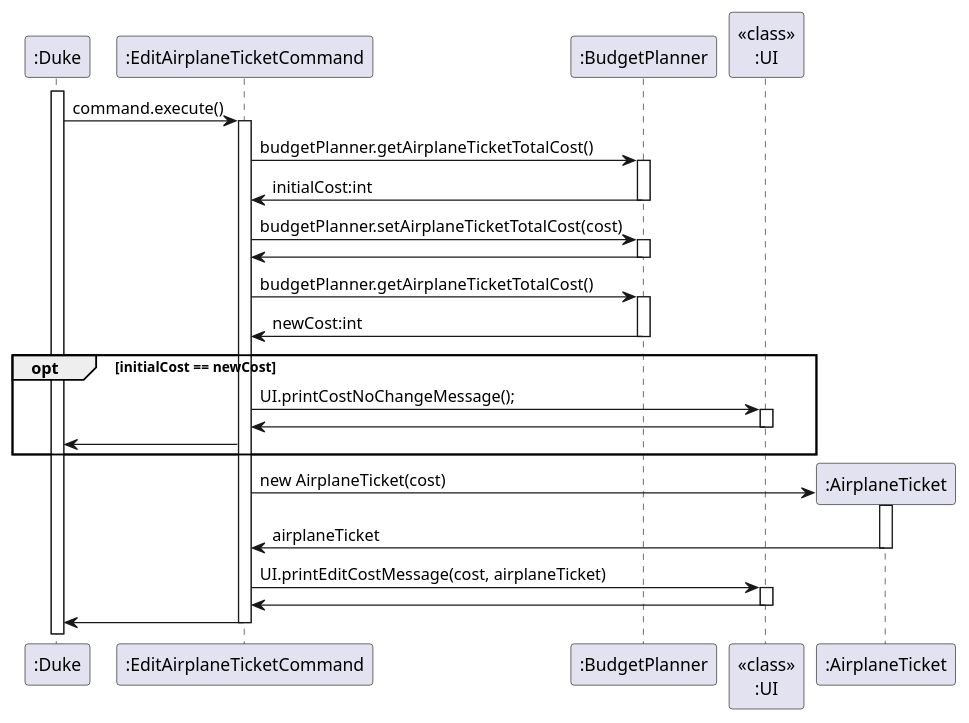
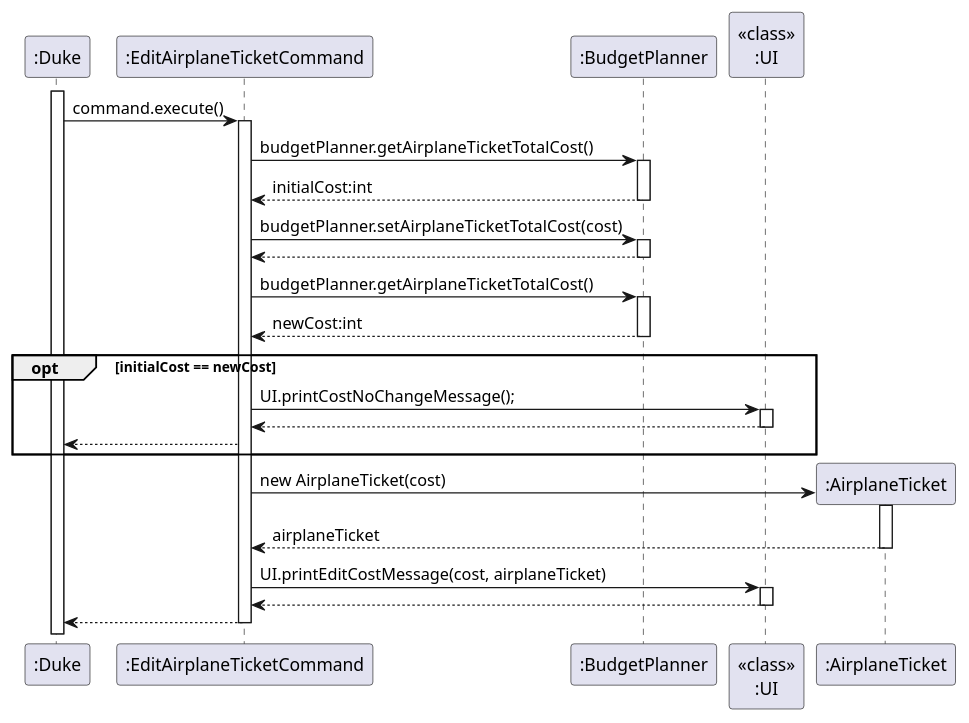
Before and after one commit to nus-cs2113-AY2223S2/tp: the diagram in docs/diagrams/budget/EditAirplaneTicketCommand.puml, drawn with PlantUML. The commit also changed 5 other files, not shown here.

```diff
--- a/docs/diagrams/budget/EditAirplaneTicketCommand.puml
+++ b/docs/diagrams/budget/EditAirplaneTicketCommand.puml
@@ -1,36 +1,36 @@
 @startuml
 'https://plantuml.com/sequence-diagram
 activate ":Duke"
 ":Duke" -> ":EditAirplaneTicketCommand" : command.execute()
 activate ":EditAirplaneTicketCommand"
 ":EditAirplaneTicketCommand" -> ":BudgetPlanner" : budgetPlanner.getAirplaneTicketTotalCost()
 activate ":BudgetPlanner"
-":EditAirplaneTicketCommand" <- ":BudgetPlanner" : initialCost:int
+":EditAirplaneTicketCommand" <-- ":BudgetPlanner" : initialCost:int
 deactivate ":BudgetPlanner"
 ":EditAirplaneTicketCommand" -> ":BudgetPlanner" : budgetPlanner.setAirplaneTicketTotalCost(cost)
 activate ":BudgetPlanner"
-":EditAirplaneTicketCommand" <- ":BudgetPlanner"
+":EditAirplaneTicketCommand" <-- ":BudgetPlanner"
 deactivate ":BudgetPlanner"
 ":EditAirplaneTicketCommand" -> ":BudgetPlanner" : budgetPlanner.getAirplaneTicketTotalCost()
 activate ":BudgetPlanner"
-":EditAirplaneTicketCommand" <- ":BudgetPlanner" : newCost:int
+":EditAirplaneTicketCommand" <-- ":BudgetPlanner" : newCost:int
 deactivate ":BudgetPlanner"
 opt initialCost == newCost
 ":EditAirplaneTicketCommand" -> "<<class>>\n:UI" : UI.printCostNoChangeMessage();
 activate "<<class>>\n:UI"
-":EditAirplaneTicketCommand" <- "<<class>>\n:UI"
+":EditAirplaneTicketCommand" <-- "<<class>>\n:UI"
 deactivate "<<class>>\n:UI"
-":EditAirplaneTicketCommand" -> ":Duke"
+":EditAirplaneTicketCommand" --> ":Duke"
 end
 create ":AirplaneTicket"
 ":EditAirplaneTicketCommand" -> ":AirplaneTicket" : new AirplaneTicket(cost)
 activate ":AirplaneTicket"
-":EditAirplaneTicketCommand" <- ":AirplaneTicket" : airplaneTicket
+":EditAirplaneTicketCommand" <-- ":AirplaneTicket" : airplaneTicket
 deactivate ":AirplaneTicket"
 ":EditAirplaneTicketCommand" -> "<<class>>\n:UI" : UI.printEditCostMessage(cost, airplaneTicket)
 activate "<<class>>\n:UI"
-":EditAirplaneTicketCommand" <- "<<class>>\n:UI"
+":EditAirplaneTicketCommand" <-- "<<class>>\n:UI"
 deactivate "<<class>>\n:UI"
-":EditAirplaneTicketCommand" -> ":Duke"
+":EditAirplaneTicketCommand" --> ":Duke"
 deactivate ":EditAirplaneTicketCommand"
 @enduml
```
